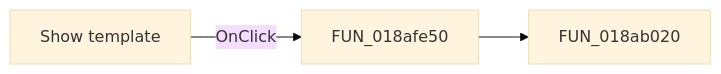
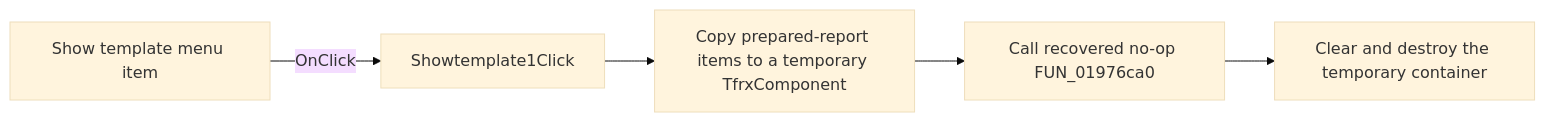
One commit to MovGP0/TIARA changed the diagram in docs/ui-controls/frxpreviewform/showtemplate1-1739fe4da9.md. Above: the diagram before and after it, drawn with Mermaid (base theme). The commit also changed other lines of this file and 387 other files, not shown here.

````diff
--- a/docs/ui-controls/frxpreviewform/showtemplate1-1739fe4da9.md
+++ b/docs/ui-controls/frxpreviewform/showtemplate1-1739fe4da9.md
@@ -27,5 +27,7 @@
 ```mermaid
 flowchart LR
-    control["Show template"] -->|OnClick| handler["FUN_018afe50"]
-    handler --> call1["FUN_018ab020"]
+    control["Show template menu item"] -->|OnClick| handler["Showtemplate1Click"]
+    handler --> copy["Copy prepared-report items to a temporary TfrxComponent"]
+    copy --> stub["Call recovered no-op FUN_01976ca0"]
+    stub --> cleanup["Clear and destroy the temporary container"]
 ```
````
